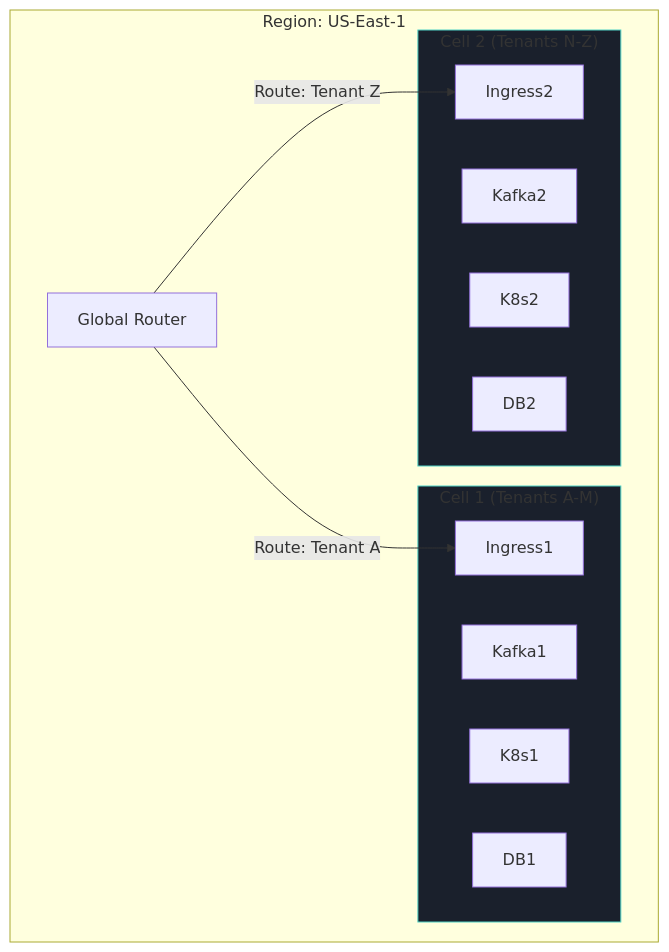
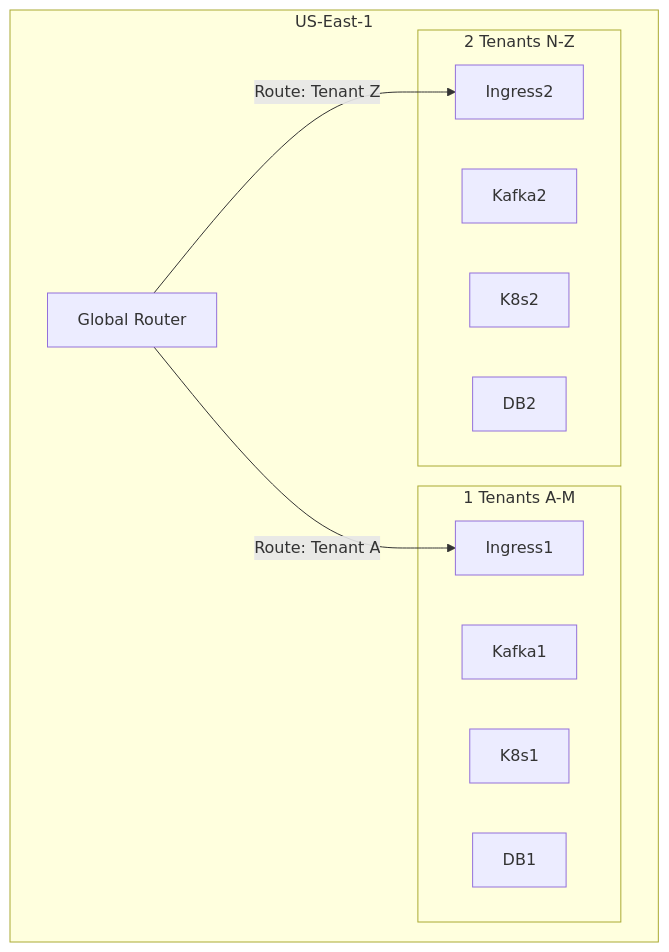
The seventh of 8 diagrams in src/app/[locale]/research/papers/a2-high-throughput-distributed-systems/A2-PAPER-FULL.md (gchaitanyabharath9/omnigcloud), drawn with Mermaid before and after one commit. The commit also changed other lines of this file and 40 other files, not shown here.

````diff
--- a/src/app/[locale]/research/papers/a2-high-throughput-distributed-systems/A2-PAPER-FULL.md
+++ b/src/app/[locale]/research/papers/a2-high-throughput-distributed-systems/A2-PAPER-FULL.md
@@ -530,26 +577,28 @@
 ```mermaid
 graph TD
-    subgraph RegionUS["Region: US-East-1"]
-        Router[Global Router]
-        
-        subgraph Cell1["Cell 1 (Tenants A-M)"]
-            Ingress1
-            Kafka1
-            K8s1
-            DB1
-        end
-        
-        subgraph Cell2["Cell 2 (Tenants N-Z)"]
-            Ingress2
-            Kafka2
-            K8s2
-            DB2
-        end
-        
-        Router -->|Route: Tenant A| Ingress1
-        Router -->|Route: Tenant Z| Ingress2
+    classDef Control fill:#4E79A7,stroke:#2C3E50,color:#fff;
+    classDef Data fill:#59A14F,stroke:#274E13,color:#fff;
+    classDef Policy fill:#9C6ADE,stroke:#4B0082,color:#fff;
+    classDef Obs fill:#F28E2B,stroke:#8B4513,color:#fff;
+    classDef Risk fill:#E15759,stroke:#7B241C,color:#fff;
+    classDef State fill:#76B7B2,stroke:#0E6251,color:#fff;
+    classDef Actor fill:#BAB0AC,stroke:#515A5A,color:#000;
+    subgraph RegionUSRegion ["US-East-1"]
+    Router["Global Router"]
+    subgraph Cell1Cell ["1 Tenants A-M"]
+    Ingress1
+    Kafka1
+    K8s1
+    DB1
     end
-    
-    style Cell1 fill:#1a202c,stroke:#4fd1c5
-    style Cell2 fill:#1a202c,stroke:#4fd1c5
+    subgraph Cell2Cell ["2 Tenants N-Z"]
+    Ingress2
+    Kafka2
+    K8s2
+    DB2
+    end
+    Router -->|Route: Tenant A| Ingress1
+    Router -->|Route: Tenant Z| Ingress2
+    end
+
 ```
````
